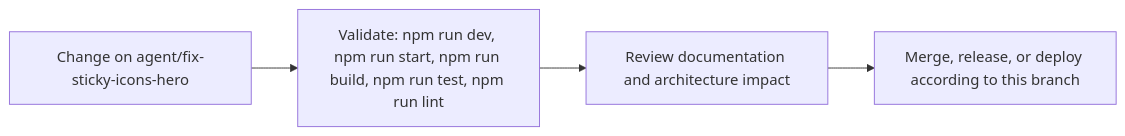
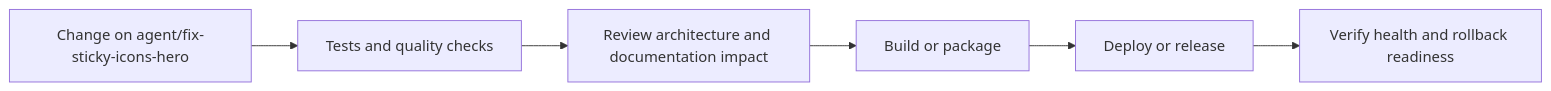
One commit to Nischhalsubba/BindForge-NW changed the fifth of 6 diagrams in README.md. Above: the diagram before and after it, drawn with Mermaid. The commit also changed other lines of this file, not shown here.

````diff
--- a/README.md
+++ b/README.md
@@ -88,8 +185,8 @@
 ```mermaid
 flowchart LR
-    CHANGE["Change on agent/fix-sticky-icons-hero"]
-    CHECK["Validate: npm run dev, npm run start, npm run build, npm run test, npm run lint"]
-    REVIEW["Review documentation and architecture impact"]
-    RELEASE["Merge, release, or deploy according to this branch"]
-    CHANGE --> CHECK --> REVIEW --> RELEASE
+    CHANGE["Change on agent/fix-sticky-icons-hero"] --> CHECK["Tests and quality checks"]
+    CHECK --> REVIEW["Review architecture and documentation impact"]
+    REVIEW --> BUILD["Build or package"]
+    BUILD --> DEPLOY["Deploy or release"]
+    DEPLOY --> VERIFY["Verify health and rollback readiness"]
 ```
````
